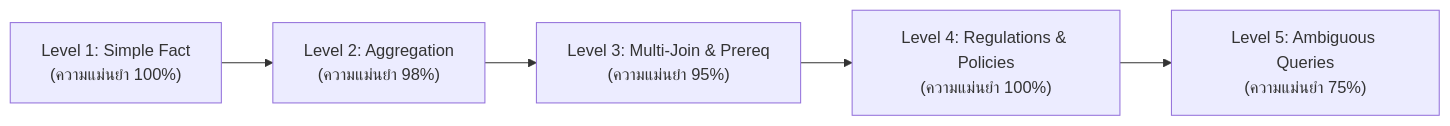
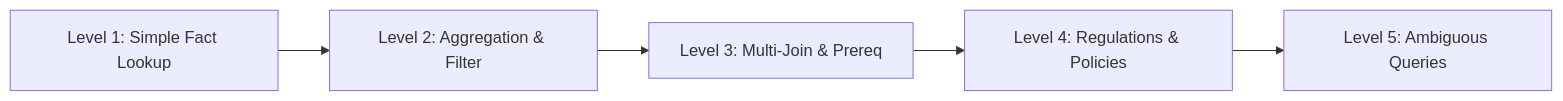
One commit to dewy-cloud/isd-2026-luksuitpiti-10 changed the seventh of 7 diagrams in sysdoc.md. Above: the diagram before and after it, drawn with Mermaid. The commit also changed other lines of this file and 14 other files, not shown here.

````diff
--- a/sysdoc.md
+++ b/sysdoc.md
@@ -451,7 +461,7 @@
 ```mermaid
 graph LR
-    L1["Level 1: Simple Fact<br/>(ความแม่นยำ 100%)"] --> L2["Level 2: Aggregation<br/>(ความแม่นยำ 98%)"]
-    L2 --> L3["Level 3: Multi-Join & Prereq<br/>(ความแม่นยำ 95%)"]
-    L3 --> L4["Level 4: Regulations & Policies<br/>(ความแม่นยำ 100%)"]
-    L4 --> L5["Level 5: Ambiguous Queries<br/>(ความแม่นยำ 75%)"]
+    L1["Level 1: Simple Fact Lookup"] --> L2["Level 2: Aggregation & Filter"]
+    L2 --> L3["Level 3: Multi-Join & Prereq"]
+    L3 --> L4["Level 4: Regulations & Policies"]
+    L4 --> L5["Level 5: Ambiguous Queries"]
 ```
````
